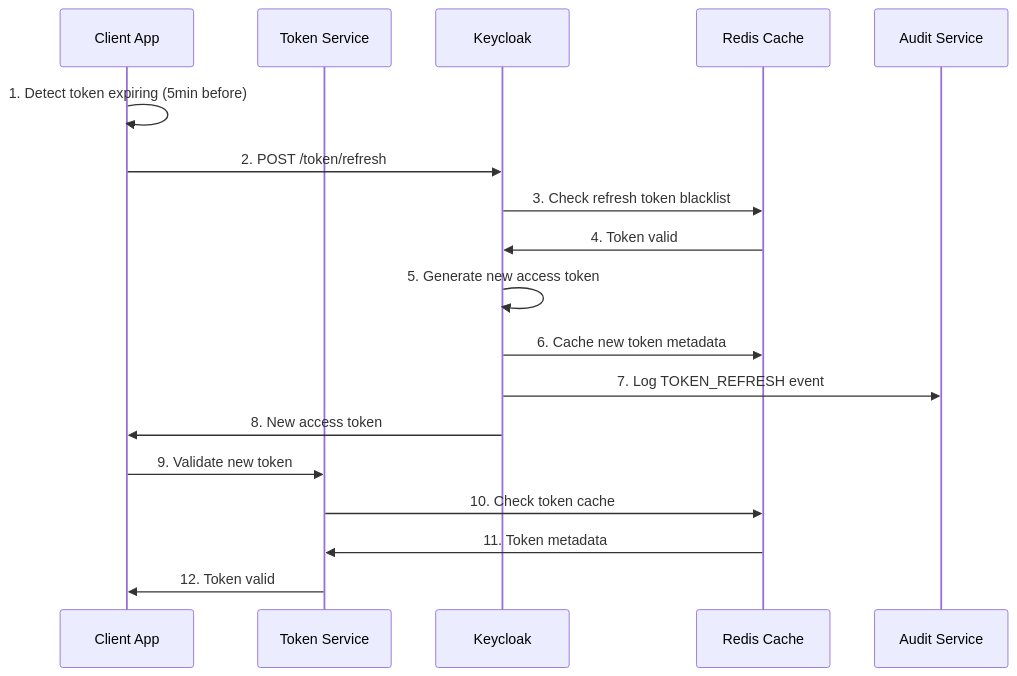
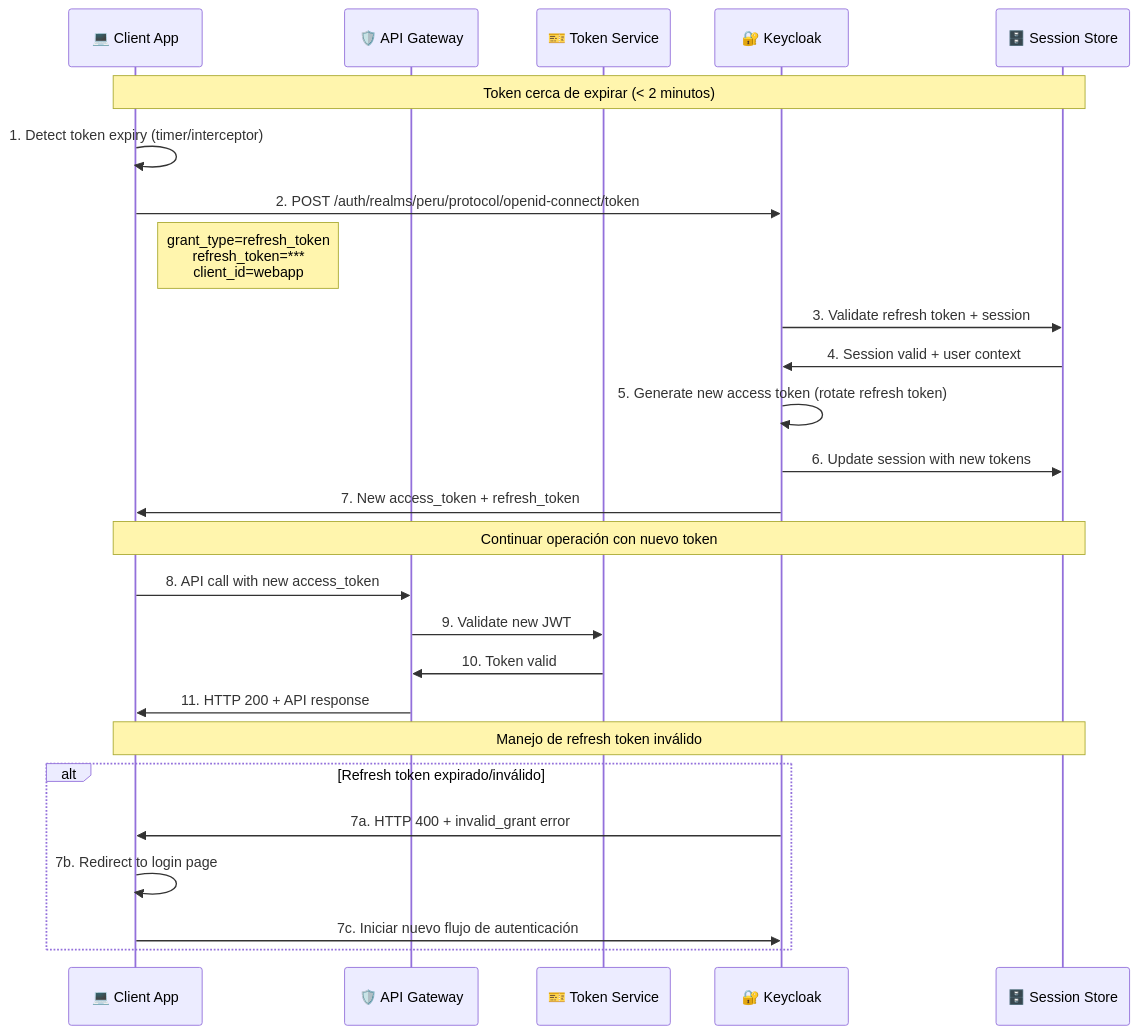
The seventh of 11 diagrams in docs/servicio-identidad/06-vista-tiempo-ejecucion.md (jclemente-tlm/tlm-arq-servicios-corporativos), drawn with Mermaid before and after one commit. The commit also changed other lines of this file and 54 other files, not shown here.

````diff
--- a/docs/servicio-identidad/06-vista-tiempo-ejecucion.md
+++ b/docs/servicio-identidad/06-vista-tiempo-ejecucion.md
@@ -96,22 +514,35 @@
 ```mermaid
 sequenceDiagram
-    participant Client as Client App
-    participant TokenSvc as Token Service
-    participant KC as Keycloak
-    participant Cache as Redis Cache
-    participant AuditSvc as Audit Service
+    participant Client as 💻 Client App
+    participant Gateway as 🛡️ API Gateway
+    participant TokenSvc as 🎫 Token Service
+    participant KC as 🔐 Keycloak
+    participant SessionStore as 🗄️ Session Store
 
-    Client->>Client: 1. Detect token expiring (5min before)
-    Client->>KC: 2. POST /token/refresh
-    KC->>Cache: 3. Check refresh token blacklist
-    Cache->>KC: 4. Token valid
-    KC->>KC: 5. Generate new access token
-    KC->>Cache: 6. Cache new token metadata
-    KC->>AuditSvc: 7. Log TOKEN_REFRESH event
-    KC->>Client: 8. New access token
+    Note over Client,SessionStore: Token cerca de expirar (< 2 minutos)
 
-    Client->>TokenSvc: 9. Validate new token
-    TokenSvc->>Cache: 10. Check token cache
-    Cache->>TokenSvc: 11. Token metadata
-    TokenSvc->>Client: 12. Token valid
+    Client->>Client: 1. Detect token expiry (timer/interceptor)
+    Client->>KC: 2. POST /auth/realms/peru/protocol/openid-connect/token
+    Note right of Client: grant_type=refresh_token<br/>refresh_token=***<br/>client_id=webapp
+
+    KC->>SessionStore: 3. Validate refresh token + session
+    SessionStore->>KC: 4. Session valid + user context
+    KC->>KC: 5. Generate new access token (rotate refresh token)
+    KC->>SessionStore: 6. Update session with new tokens
+    KC->>Client: 7. New access_token + refresh_token
+
+    Note over Client,SessionStore: Continuar operación con nuevo token
+
+    Client->>Gateway: 8. API call with new access_token
+    Gateway->>TokenSvc: 9. Validate new JWT
+    TokenSvc->>Gateway: 10. Token valid
+    Gateway->>Client: 11. HTTP 200 + API response
+
+    Note over Client,SessionStore: Manejo de refresh token inválido
+
+    alt Refresh token expirado/inválido
+        KC->>Client: 7a. HTTP 400 + invalid_grant error
+        Client->>Client: 7b. Redirect to login page
+        Client->>KC: 7c. Iniciar nuevo flujo de autenticación
+    end
 ```
````
